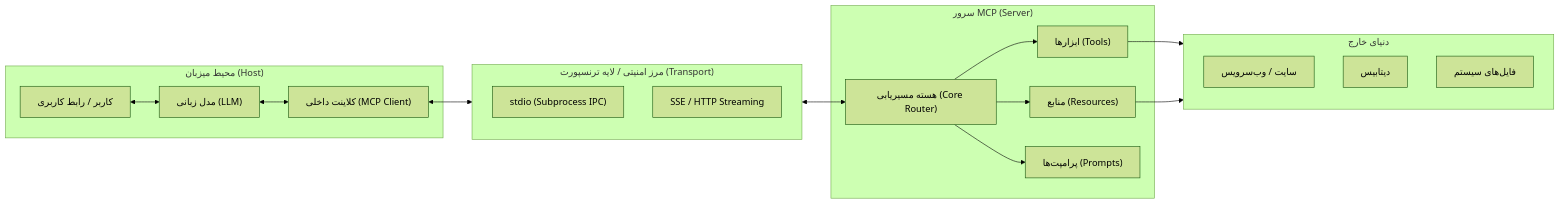
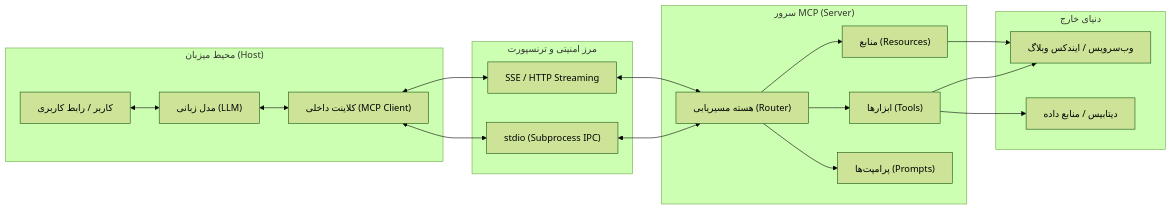
One commit to mhkarami97-ir/blog changed the diagram in _posts/2026-11-16-how_mcp_works_and_building_blog_mcp_server.md. Above: the diagram before and after it, drawn with Mermaid (forest theme). The commit also changed other lines of this file, not shown here.

````diff
--- a/_posts/2026-11-16-how_mcp_works_and_building_blog_mcp_server.md
+++ b/_posts/2026-11-16-how_mcp_works_and_building_blog_mcp_server.md
@@ -31,31 +32,37 @@
 ```mermaid
 flowchart LR
     subgraph HostApp ["محیط میزبان (Host)"]
         User["کاربر / رابط کاربری"] <--> LLM["مدل زبانی (LLM)"]
         LLM <--> MCPClient["کلاینت داخلی (MCP Client)"]
     end
 
-    subgraph Boundaries ["مرز امنیتی / لایه ترنسپورت (Transport)"]
-        direction TB
+    subgraph Boundaries ["مرز امنیتی و ترنسپورت"]
         T1["stdio (Subprocess IPC)"]
         T2["SSE / HTTP Streaming"]
     end
 
     subgraph MCPServer ["سرور MCP (Server)"]
-        Router["هسته مسیریابی (Core Router)"]
+        Router["هسته مسیریابی (Router)"]
         Tools["ابزارها (Tools)"]
         Resources["منابع (Resources)"]
         Prompts["پرامپت‌ها (Prompts)"]
     end
 
     subgraph ExternalWorld ["دنیای خارج"]
-        API["سایت / وب‌سرویس"]
-        DB["دیتابیس"]
-        Files["فایل‌های سیستم"]
+        API["وب‌سرویس / ایندکس وبلاگ"]
+        DB["دیتابیس / منابع داده"]
     end
 
-    MCPClient <--> Boundaries
-    Boundaries <--> Router
-    Router --> Tools & Resources & Prompts
-    Tools & Resources --> ExternalWorld
+    MCPClient <--> T1
+    MCPClient <--> T2
+    T1 <--> Router
+    T2 <--> Router
+
+    Router --> Tools
+    Router --> Resources
+    Router --> Prompts
+
+    Tools --> API
+    Tools --> DB
+    Resources --> API
 ```
````
